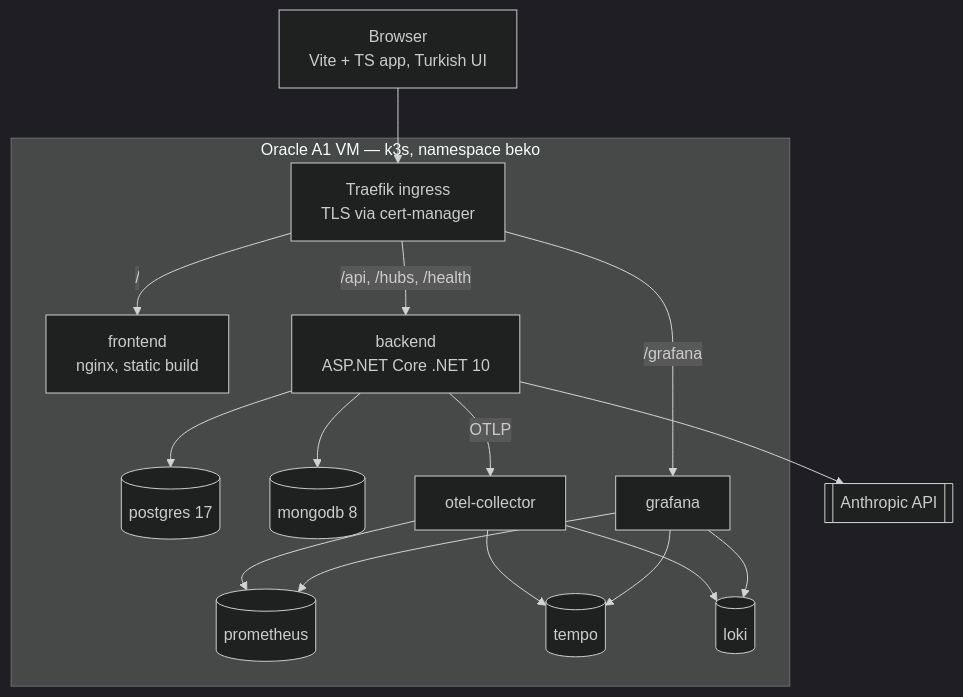
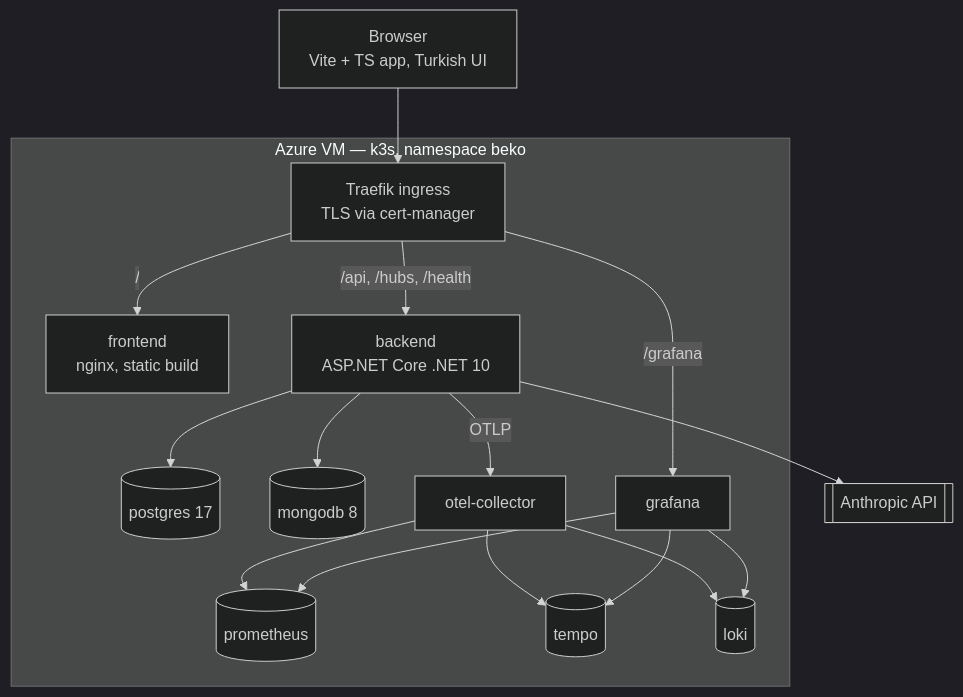
One commit to mberke1597/berke-beko-ai-hackathon changed the second of 5 diagrams in docs/architecture/architecture.md. Above: the diagram before and after it, drawn with Mermaid (dark theme). The commit also changed other lines of this file and 5 other files, not shown here.

Commit message:
docs: switch hosting from Oracle to Azure and record Phase 2 start

````diff
--- a/docs/architecture/architecture.md
+++ b/docs/architecture/architecture.md
@@ -27,27 +27,27 @@
 ```mermaid
 flowchart TB
   Browser[Browser<br/>Vite + TS app, Turkish UI]
-  subgraph VM["Oracle A1 VM — k3s, namespace beko"]
+  subgraph VM["Azure VM — k3s, namespace beko"]
     Traefik[Traefik ingress<br/>TLS via cert-manager]
     FE[frontend<br/>nginx, static build]
     BE[backend<br/>ASP.NET Core .NET 10]
     PG[(postgres 17)]
     MG[(mongodb 8)]
     Col[otel-collector]
     Prom[(prometheus)]
     Tempo[(tempo)]
     Loki[(loki)]
     Graf[grafana]
   end
   Anth[[Anthropic API]]
 
   Browser --> Traefik
   Traefik -->|/| FE
   Traefik -->|/api, /hubs, /health| BE
   Traefik -->|/grafana| Graf
   BE --> PG & MG
   BE -->|OTLP| Col
   BE --> Anth
   Col --> Prom & Tempo & Loki
   Graf --> Prom & Tempo & Loki
 ```
````
